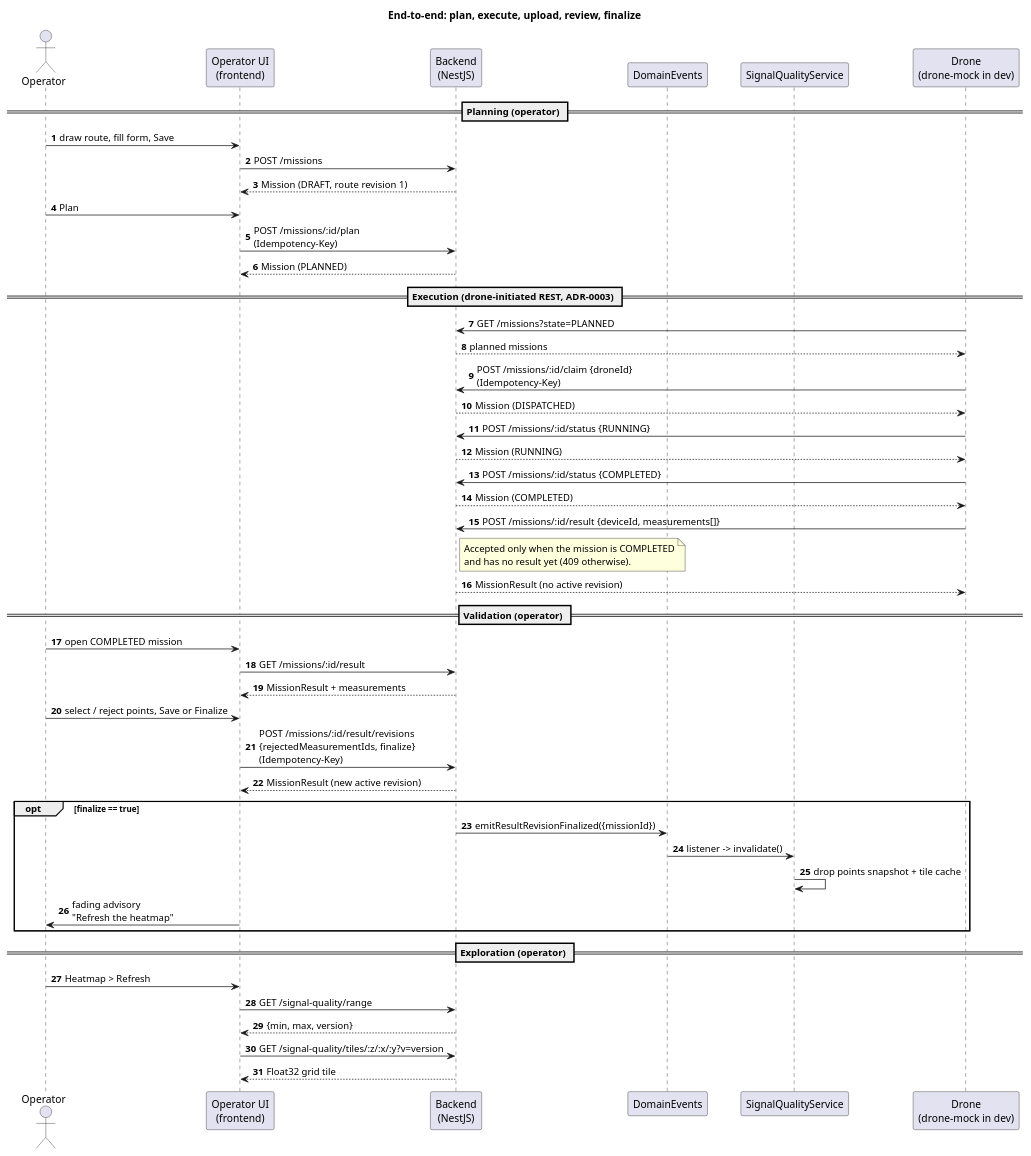
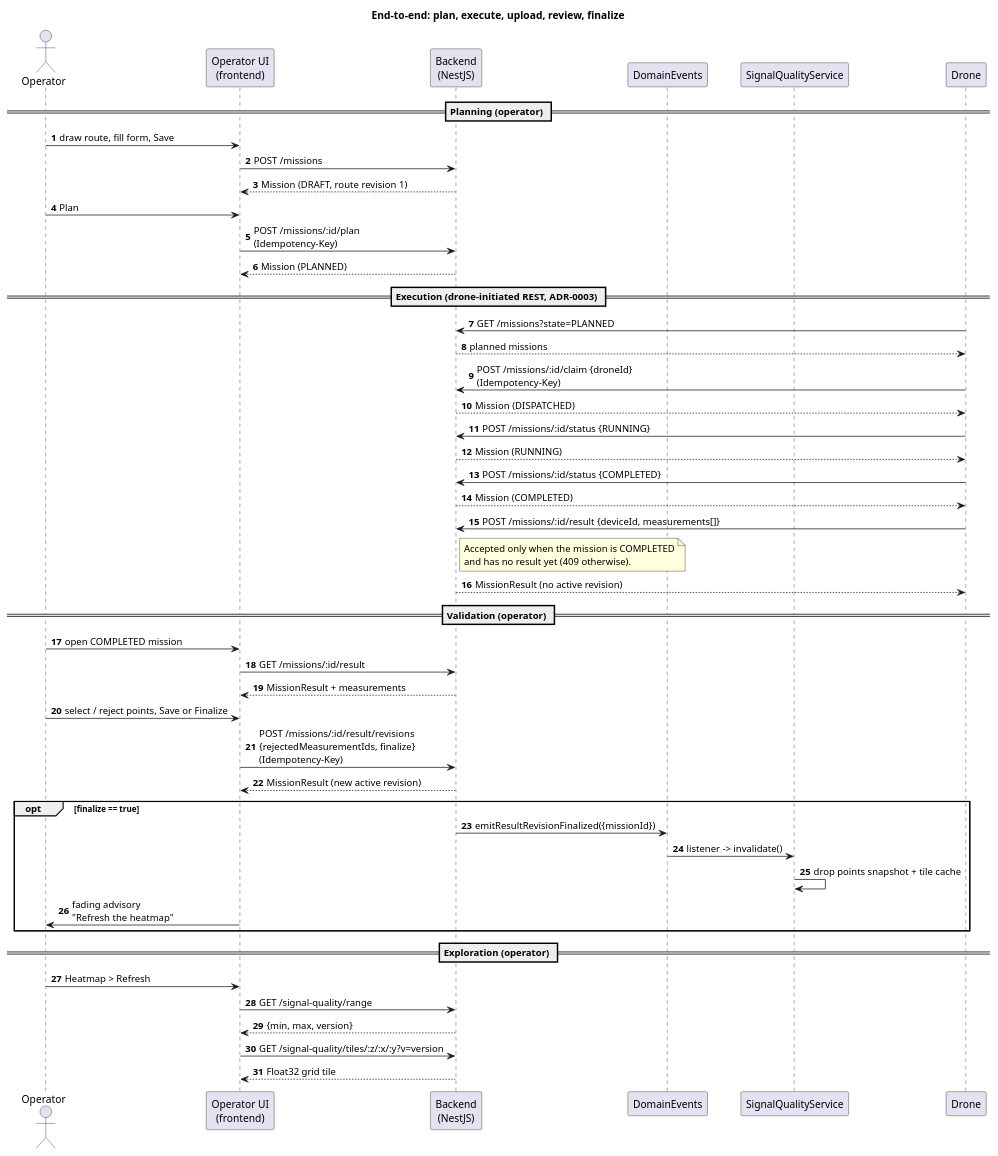
Before and after one commit to ademby/Telecom-Drone-Drive-Test-Platform: the diagram in docs/uml/0003-mission-execution-and-result-sequence.puml, drawn with PlantUML. The commit also changed 17 other files, not shown here.

Commit message:
remove drone-mock

```diff
--- a/docs/uml/0003-mission-execution-and-result-sequence.puml
+++ b/docs/uml/0003-mission-execution-and-result-sequence.puml
@@ -1,57 +1,57 @@
 @startuml
 title End-to-end: plan, execute, upload, review, finalize
 autonumber
 
 actor Operator
 participant "Operator UI\n(frontend)" as UI
 participant "Backend\n(NestJS)" as API
 participant "DomainEvents" as Events
 participant "SignalQualityService" as SQ
-participant "Drone\n(drone-mock in dev)" as Drone
+participant "Drone" as Drone
 
 == Planning (operator) ==
 Operator -> UI : draw route, fill form, Save
 UI -> API : POST /missions
 API --> UI : Mission (DRAFT, route revision 1)
 Operator -> UI : Plan
 UI -> API : POST /missions/:id/plan\n(Idempotency-Key)
 API --> UI : Mission (PLANNED)
 
 == Execution (drone-initiated REST, ADR-0003) ==
 Drone -> API : GET /missions?state=PLANNED
 API --> Drone : planned missions
 Drone -> API : POST /missions/:id/claim {droneId}\n(Idempotency-Key)
 API --> Drone : Mission (DISPATCHED)
 Drone -> API : POST /missions/:id/status {RUNNING}
 API --> Drone : Mission (RUNNING)
 Drone -> API : POST /missions/:id/status {COMPLETED}
 API --> Drone : Mission (COMPLETED)
 Drone -> API : POST /missions/:id/result {deviceId, measurements[]}
 note right of API
   Accepted only when the mission is COMPLETED
   and has no result yet (409 otherwise).
 end note
 API --> Drone : MissionResult (no active revision)
 
 == Validation (operator) ==
 Operator -> UI : open COMPLETED mission
 UI -> API : GET /missions/:id/result
 API --> UI : MissionResult + measurements
 Operator -> UI : select / reject points, Save or Finalize
 UI -> API : POST /missions/:id/result/revisions\n{rejectedMeasurementIds, finalize}\n(Idempotency-Key)
 API --> UI : MissionResult (new active revision)
 
 opt finalize == true
   API -> Events : emitResultRevisionFinalized({missionId})
   Events -> SQ : listener -> invalidate()
   SQ -> SQ : drop points snapshot + tile cache
   UI -> Operator : fading advisory\n"Refresh the heatmap"
 end
 
 == Exploration (operator) ==
 Operator -> UI : Heatmap > Refresh
 UI -> API : GET /signal-quality/range
 API --> UI : {min, max, version}
 UI -> API : GET /signal-quality/tiles/:z/:x/:y?v=version
 API --> UI : Float32 grid tile
 @enduml
```
